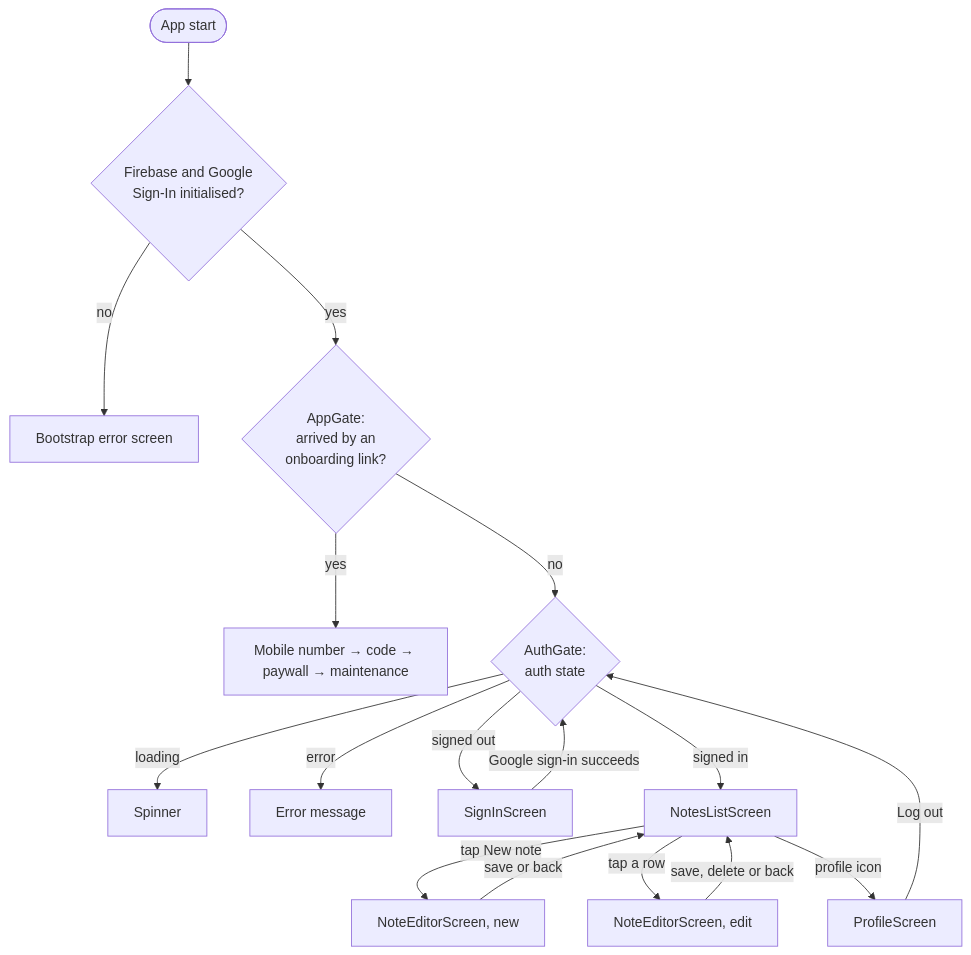
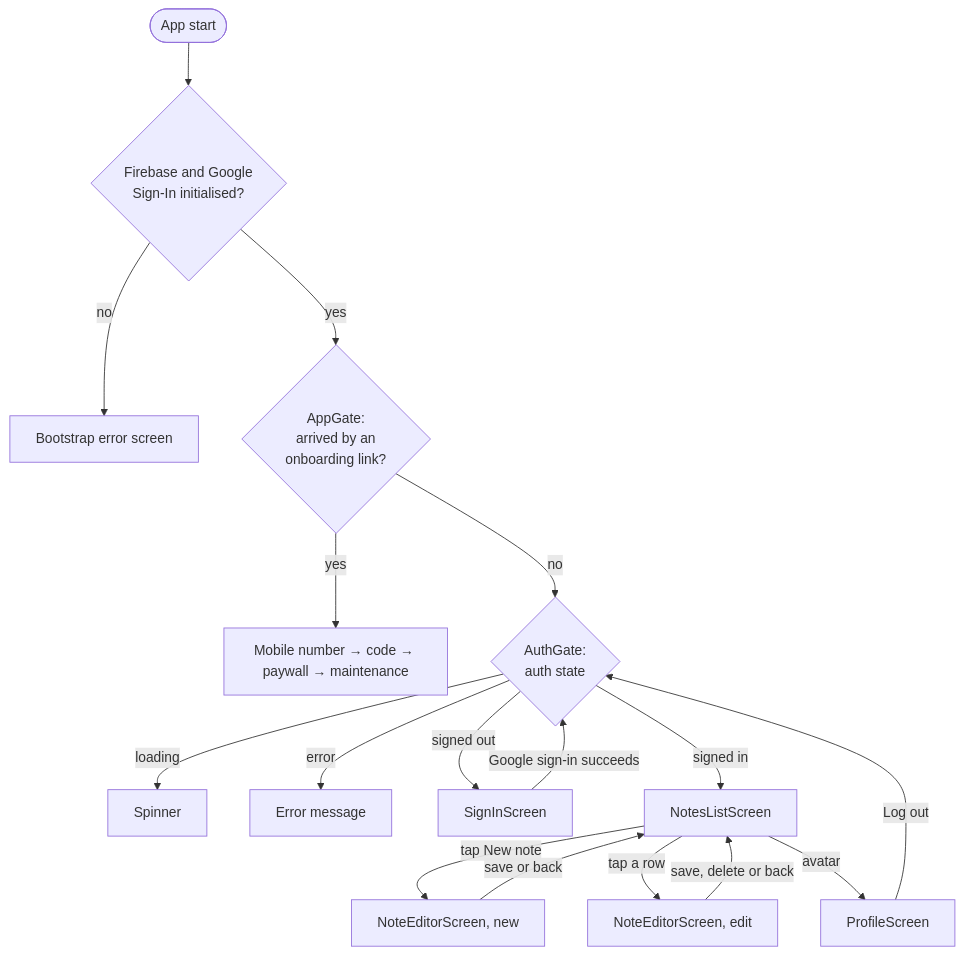
Before and after one commit to ayuzhBhakti/notes_app: the first of 2 diagrams in docs/03-app-flow.md, drawn with Mermaid. The commit also changed other lines of this file and 109 other files, not shown here.

````diff
--- a/docs/03-app-flow.md
+++ b/docs/03-app-flow.md
@@ -7,19 +7,19 @@
 ```mermaid
 flowchart TD
     Start([App start]) --> Init{Firebase and Google<br/>Sign-In initialised?}
     Init -- no --> BootErr[Bootstrap error screen]
     Init -- yes --> App{AppGate:<br/>arrived by an<br/>onboarding link?}
     App -- yes --> Onboarding[Mobile number → code → paywall → maintenance]
     App -- no --> Gate{AuthGate:<br/>auth state}
     Gate -- loading --> Spinner[Spinner]
     Gate -- error --> AuthErr[Error message]
     Gate -- signed out --> SignIn[SignInScreen]
     Gate -- signed in --> List[NotesListScreen]
     SignIn -- Google sign-in succeeds --> Gate
     List -- tap New note --> EditorNew[NoteEditorScreen, new]
     List -- tap a row --> EditorEdit[NoteEditorScreen, edit]
-    List -- profile icon --> Profile[ProfileScreen]
+    List -- avatar --> Profile[ProfileScreen]
     EditorNew -- save or back --> List
     EditorEdit -- save, delete or back --> List
     Profile -- Log out --> Gate
 ```
````
